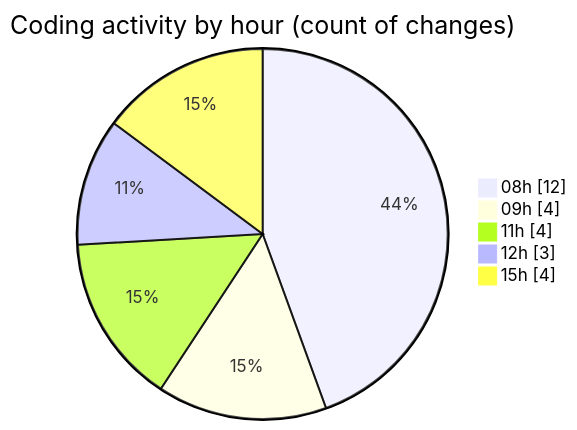
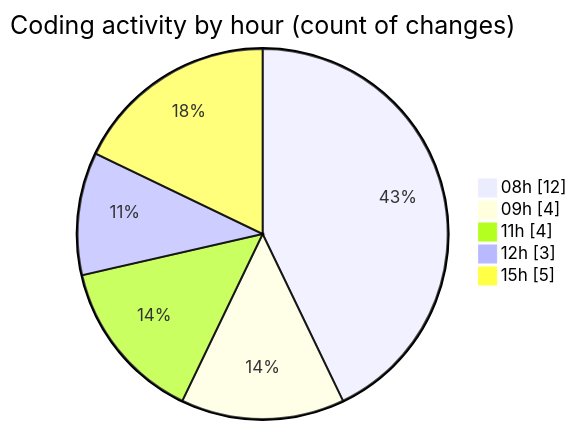
Before and after one commit to ricardozamudiocil/code-tracking: the second of 2 diagrams in 2026-02-26/cilapp/README.md, drawn with Mermaid. The commit also changed other lines of this file and 1 other file, not shown here.

````diff
--- a/2026-02-26/cilapp/README.md
+++ b/2026-02-26/cilapp/README.md
@@ -33,9 +34,9 @@
 ```mermaid
 pie showData
 title Coding activity by hour (count of changes)
 "08h" : 12
 "09h" : 4
 "11h" : 4
 "12h" : 3
-"15h" : 4
+"15h" : 5
 ```
````
